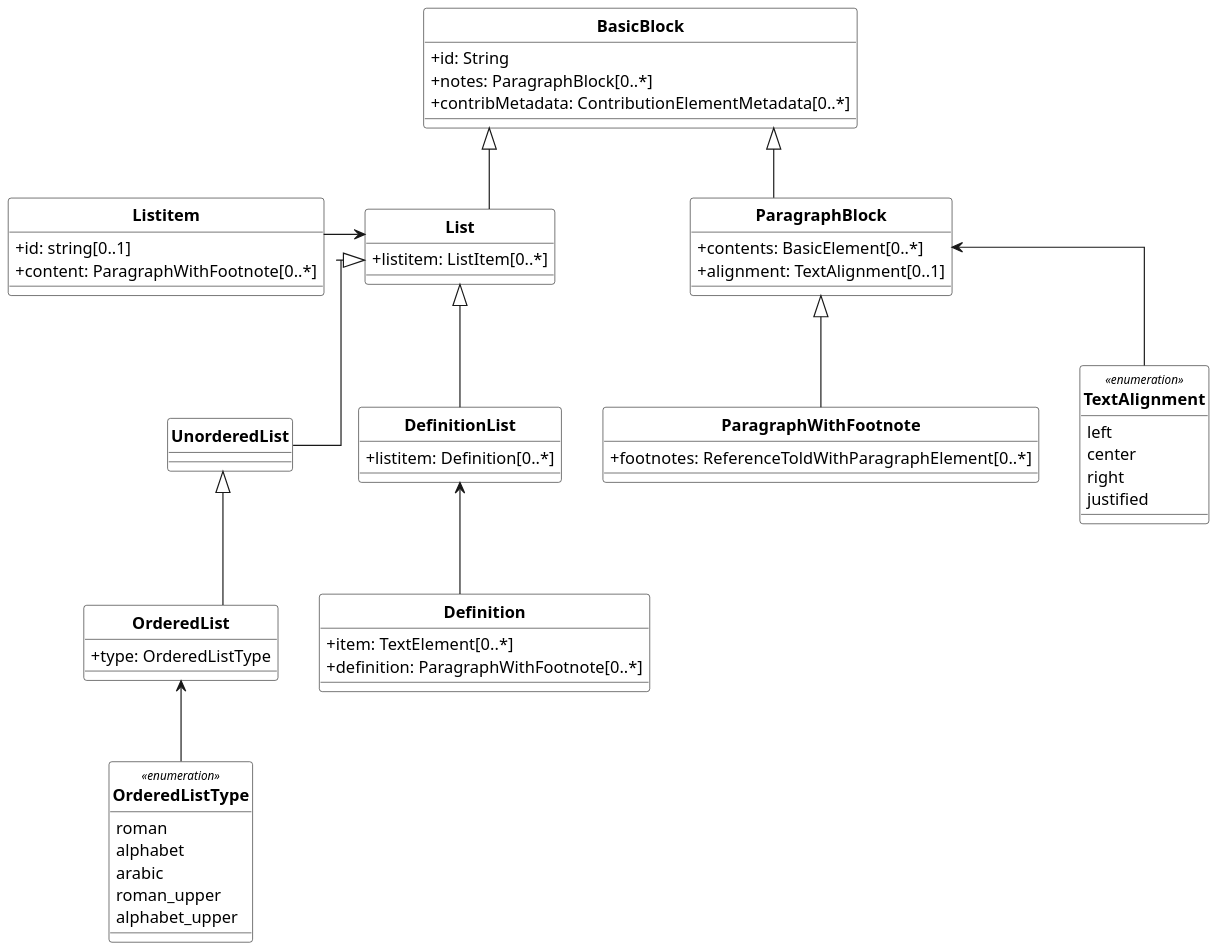
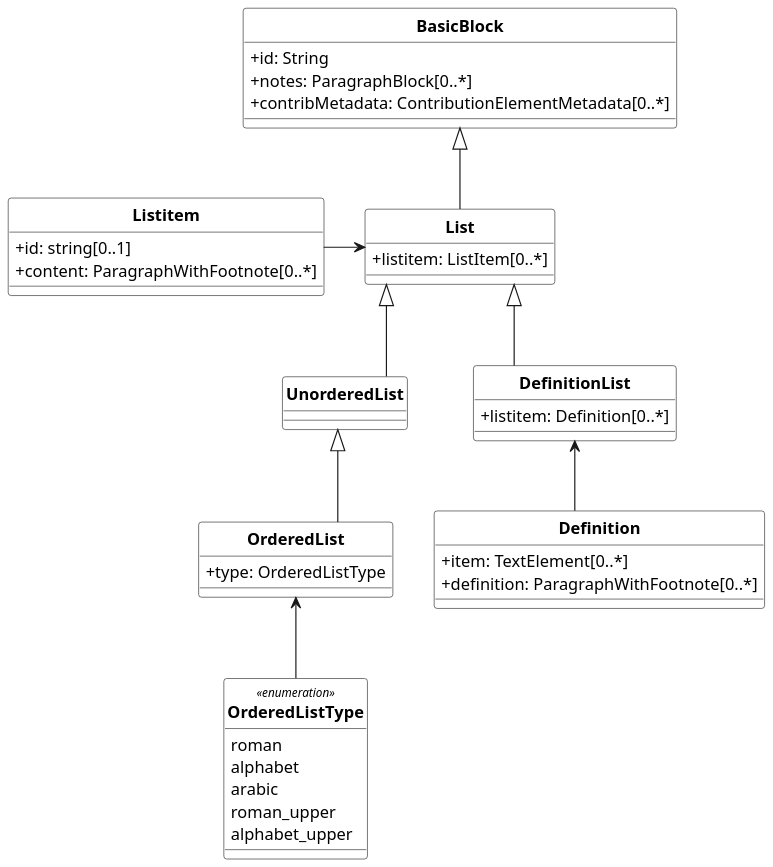
One commit to CalConnect/csd-standard-doc changed the diagram in basicdoc_uml/Lists.wsd. Above: the diagram before and after it, drawn with PlantUML. The commit also changed 9 other files, not shown here.

```diff
--- a/basicdoc_uml/Lists.wsd
+++ b/basicdoc_uml/Lists.wsd
@@ -1,130 +1,110 @@
 @startuml Lists
 /'
 Diagram:        Blocks
 DateCreate:     28/07/2018
 Description:    BasicDocument / SecureDoc is a family of document models that forms the basis of Metanorma IsoDoc (via Metanorma StandardDocument), which is used to represent ISO Standards and similarly structured standards.
                 It is also the document model that Selagraph operates on.
                 The Relaton Bibliography UML models used in these models are located here: Relaton BibModels.
                 BasicDocument itself is a document model that can serve as a transit data structure for document conversion, such as taking input from AsciiDoc or Markdown and converting them into an output format, such as Metanorma IsoDoc
 
 Hystory of changes:
 > 22/08/2018
     - diagram configuration updated
     - update of the classes "FigureBlock", "SourcecodeBlock", "FormulaBlock", "TableBlock"
     - new classes are added "Subfigure", "ParagraphsBlock", "List", "ListItem", "UnorderedList", "OrderedList", "DefinitionList", "Definition"
     - new notes are added for "Subfigure"
     - new enumeration are added "OrderedListType"
     - relations between some of the elements in the diagram has been updated
 '/
 
 '******* CONFIGURATION ************************************************
 skinparam classAttributeIconSize 0
 skinparam Dpi 150
 skinparam Monochrome true
 skinparam LineType ortho
 hide circle
 /' skinparam CircledCharacterRadius 0 '/
 /' skinparam CircledCharacterFontSize 0 '/
 skinparam Default {
 TextAlignment center
 FontName Helvetica
 }
 skinparam Class {
 AttributeIconSize 0
 BackgroundColor White
 FontStyle bold
 StereotypeFontSize 10
 }
 skinparam Rectangle {
 BackgroundColor White
 FontStyle bold
 FontSize 11
 StereotypeFontSize 10
 }
 skinparam Object {
 BackgroundColor White
 FontStyle bold
 FontSize 11
 StereotypeFontSize 10
 }
 
 skinparam Entity {
 StereotypeFontSize 10
 }
 
 '******* CLASS DEFINITION *********************************************
 class BasicBlock {
     +id: String
     +notes: ParagraphBlock[0..*]
     +contribMetadata: ContributionElementMetadata[0..*]
 }
 
-class ParagraphBlock{
-    +contents: BasicElement[0..*]
-    +alignment: TextAlignment[0..1]
-}
-
-class ParagraphWithFootnote{
-    +footnotes: ReferenceToldWithParagraphElement[0..*]
-}
-
 class List{
     +listitem: ListItem[0..*]
 }
 
 class Listitem{
     +id: string[0..1]
     +content: ParagraphWithFootnote[0..*]
 }
 
 class UnorderedList{
 
 }
 
 class OrderedList{
     +type: OrderedListType
 }
 
 class DefinitionList{
     +listitem: Definition[0..*]
 }
 
 class Definition{
     +item: TextElement[0..*]
     +definition: ParagraphWithFootnote[0..*]
 }
 
-enum TextAlignment <<enumeration>>{
-    left
-    center
-    right
-    justified
-}
-
 enum OrderedListType <<enumeration>>{
     roman
     alphabet
     arabic
     roman_upper
     alphabet_upper
 }
 
 
 '******* CLASS RELATIONS *********************************************
 BasicBlock <|-- List
-BasicBlock <|-- ParagraphBlock
 
 List <-left- Listitem 
 List <|-- UnorderedList
 List <|-- DefinitionList
 
 DefinitionList <-- Definition
 
 UnorderedList <|-- OrderedList
 
 OrderedList <-- OrderedListType
 
-ParagraphBlock <|-- ParagraphWithFootnote
-ParagraphBlock <-- TextAlignment
-
 @enduml
```
